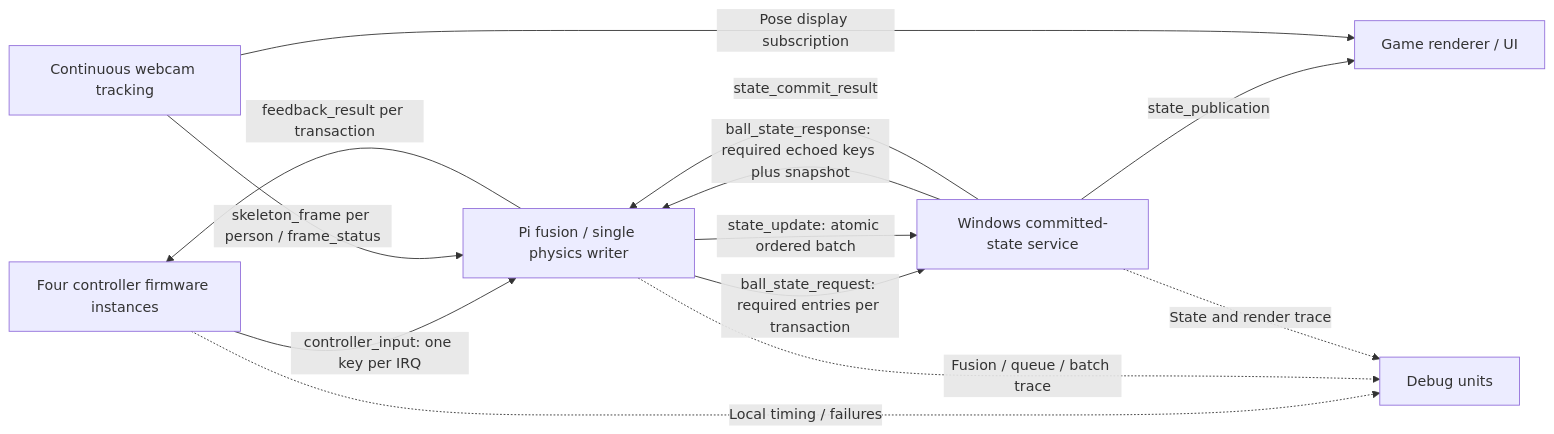
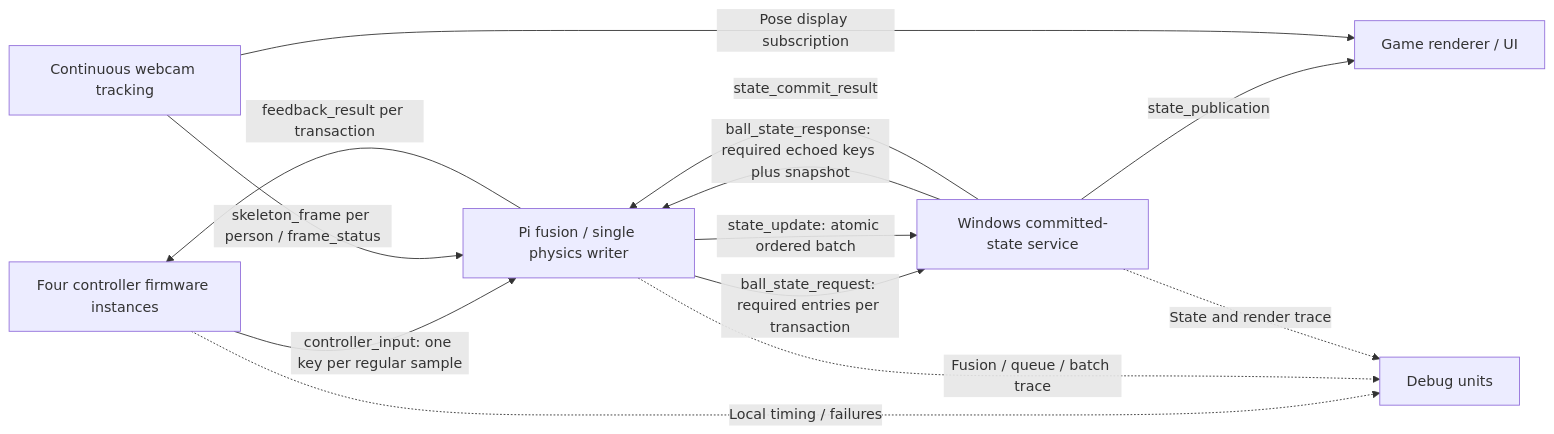
Before and after one commit to motion-tennis/documentation: the second of 3 diagrams in docs/architecture.md, drawn with Mermaid. The commit also changed other lines of this file and 31 other files, not shown here.

````diff
--- a/docs/architecture.md
+++ b/docs/architecture.md
@@ -44,21 +48,21 @@
 ```mermaid
 flowchart LR
     C["Four controller firmware instances"]
     T["Continuous webcam tracking"]
     P["Pi fusion / single physics writer"]
     G["Windows committed-state service"]
     R["Game renderer / UI"]
     D["Debug units"]
-    C -->|"controller_input: one key per IRQ"| P
+    C -->|"controller_input: one key per regular sample"| P
     T -->|"skeleton_frame per person / frame_status"| P
     P -->|"ball_state_request: required entries per transaction"| G
     G -->|"ball_state_response: required echoed keys plus snapshot"| P
     P -->|"state_update: atomic ordered batch"| G
     G -->|"state_commit_result"| P
     P -->|"feedback_result per transaction"| C
     G -->|"state_publication"| R
     T -->|"Pose display subscription"| R
     C -.->|"Local timing / failures"| D
     P -.->|"Fusion / queue / batch trace"| D
     G -.->|"State and render trace"| D
 ```
````
